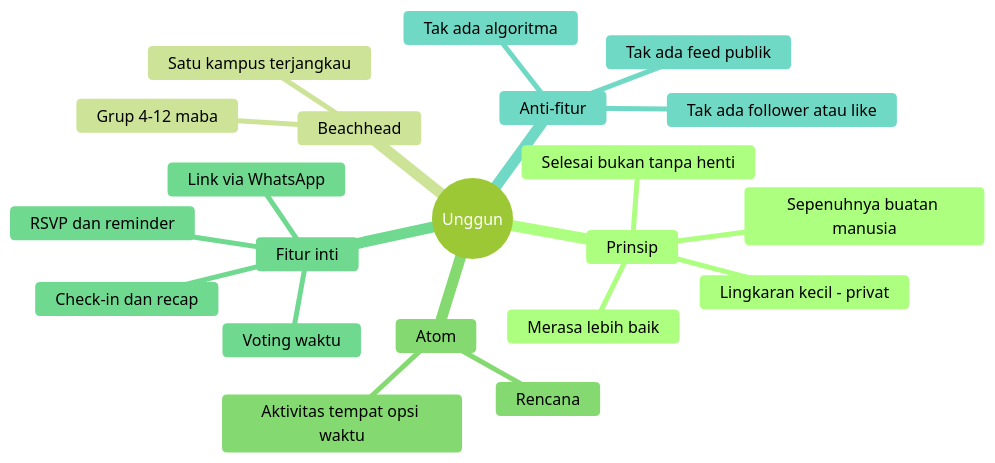
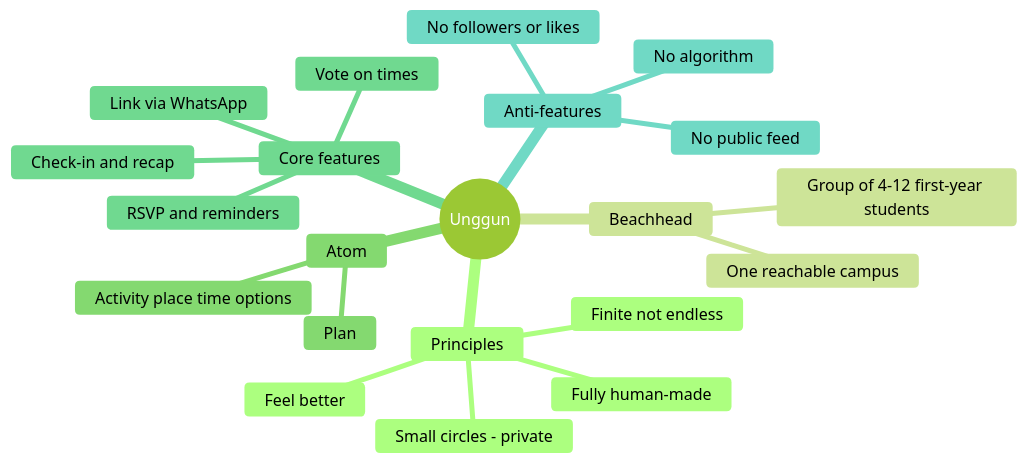
The first of 3 diagrams in concept/README.md (itsmhp/SocialMedia), drawn with Mermaid (forest theme) before and after one commit. The commit also changed other lines of this file and 23 other files, not shown here.

````diff
--- a/concept/README.md
+++ b/concept/README.md
@@ -23,24 +23,24 @@
 ```mermaid
 mindmap
   root((Unggun))
-    Prinsip
-      Sepenuhnya buatan manusia
-      Lingkaran kecil - privat
-      Selesai bukan tanpa henti
-      Merasa lebih baik
+    Principles
+      Fully human-made
+      Small circles - private
+      Finite not endless
+      Feel better
     Beachhead
-      Grup 4-12 maba
-      Satu kampus terjangkau
+      Group of 4-12 first-year students
+      One reachable campus
     Atom
-      Rencana
-      Aktivitas tempat opsi waktu
-    Fitur inti
+      Plan
+      Activity place time options
+    Core features
       Link via WhatsApp
-      Voting waktu
-      RSVP dan reminder
-      Check-in dan recap
-    Anti-fitur
-      Tak ada feed publik
-      Tak ada follower atau like
-      Tak ada algoritma
+      Vote on times
+      RSVP and reminders
+      Check-in and recap
+    Anti-features
+      No public feed
+      No followers or likes
+      No algorithm
 ```
````
